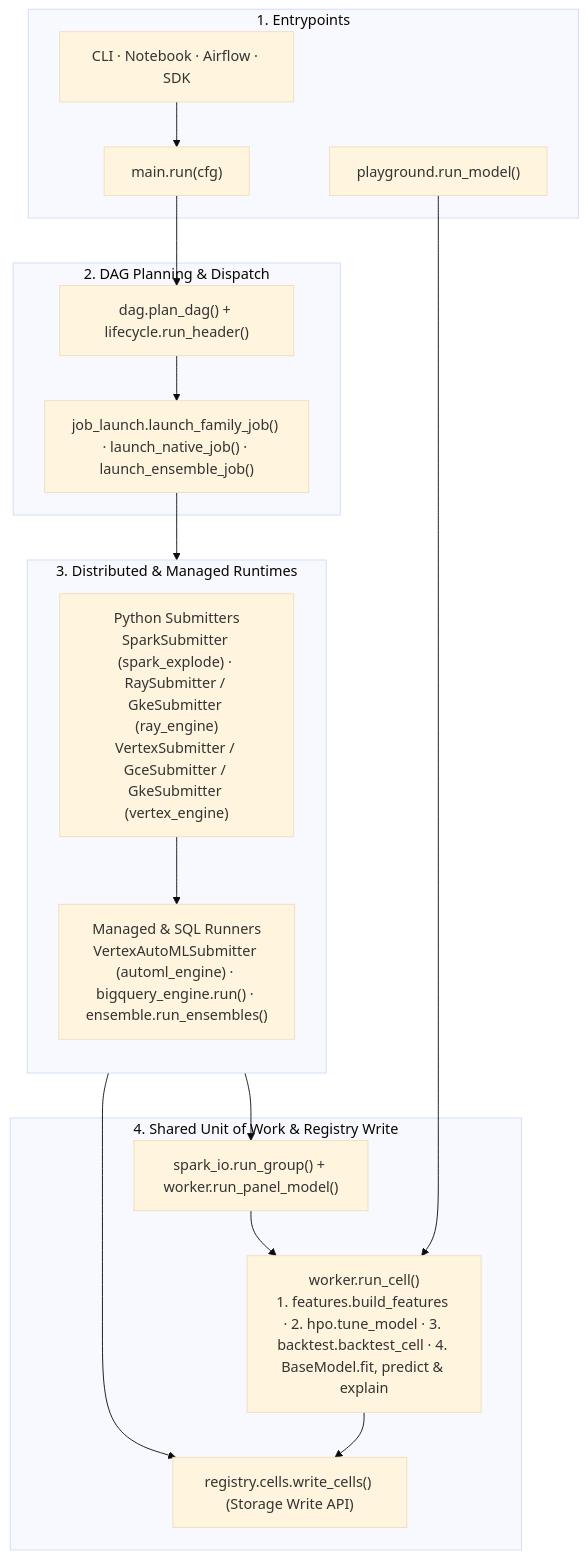
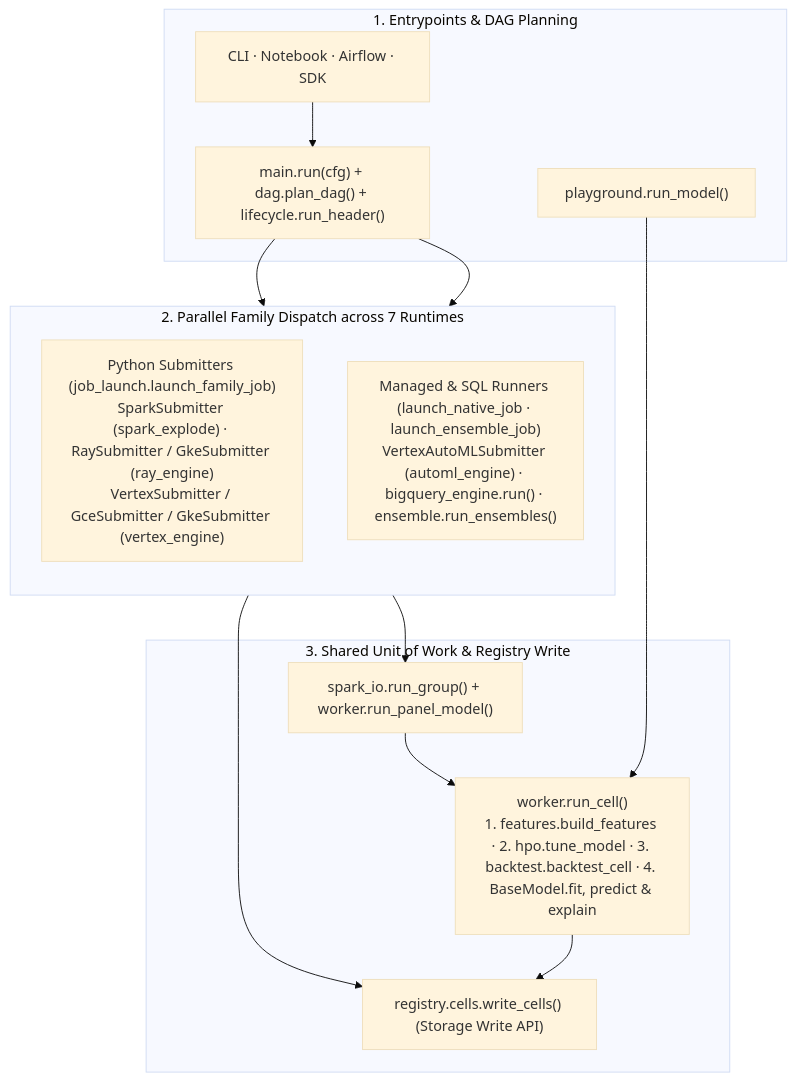
One commit to statmike/scale-forecasting changed the second of 2 diagrams in docs/architecture.md. Above: the diagram before and after it, drawn with Mermaid (base theme). The commit also changed 16 other files, not shown here.

Commit message:
docs: expand temporal reconciliation reference, fix GitHub MathJax & Mermaid aspect ratios, and add pre-commit tripwires

````diff
--- a/docs/architecture.md
+++ b/docs/architecture.md
@@ -429,25 +429,20 @@
 ```mermaid
 flowchart TD
-    subgraph Entry["1. Entrypoints"]
-        Caller["CLI · Notebook · Airflow · SDK"] --> MainRun["main.run(cfg)"]
+    subgraph Entry["1. Entrypoints & DAG Planning"]
+        Caller["CLI · Notebook · Airflow · SDK"] --> MainRun["main.run(cfg) + dag.plan_dag() + lifecycle.run_header()"]
         Play["playground.run_model()"]
     end
 
-    subgraph Orchestration["2. DAG Planning & Dispatch"]
-        MainRun --> PlanDag["dag.plan_dag() + lifecycle.run_header()"]
-        PlanDag --> FamLaunch["job_launch.launch_family_job() · launch_native_job() · launch_ensemble_job()"]
+    subgraph Runtimes["2. Parallel Family Dispatch across 7 Runtimes"]
+        direction TB
+        PySubs["Python Submitters (job_launch.launch_family_job)<br/>SparkSubmitter (spark_explode) · RaySubmitter / GkeSubmitter (ray_engine)<br/>VertexSubmitter / GceSubmitter / GkeSubmitter (vertex_engine)"]
+        MgdSubs["Managed & SQL Runners (launch_native_job · launch_ensemble_job)<br/>VertexAutoMLSubmitter (automl_engine) · bigquery_engine.run() · ensemble.run_ensembles()"]
+        MainRun --> PySubs & MgdSubs
     end
 
-    subgraph Runtimes["3. Distributed & Managed Runtimes"]
-        direction TB
-        PySubs["Python Submitters<br/>SparkSubmitter (spark_explode) · RaySubmitter / GkeSubmitter (ray_engine)<br/>VertexSubmitter / GceSubmitter / GkeSubmitter (vertex_engine)"]
-        MgdSubs["Managed & SQL Runners<br/>VertexAutoMLSubmitter (automl_engine) · bigquery_engine.run() · ensemble.run_ensembles()"]
-        FamLaunch --> PySubs --> MgdSubs
-    end
-
-    subgraph Worker["4. Shared Unit of Work & Registry Write"]
+    subgraph Worker["3. Shared Unit of Work & Registry Write"]
         PySubs --> RunGroup["spark_io.run_group() + worker.run_panel_model()"]
         RunGroup & Play --> RunCell["worker.run_cell()<br/>1. features.build_features · 2. hpo.tune_model · 3. backtest.backtest_cell · 4. BaseModel.fit, predict & explain"]
         RunCell & MgdSubs --> WriteCells["registry.cells.write_cells() (Storage Write API)"]
     end
 ```
````
